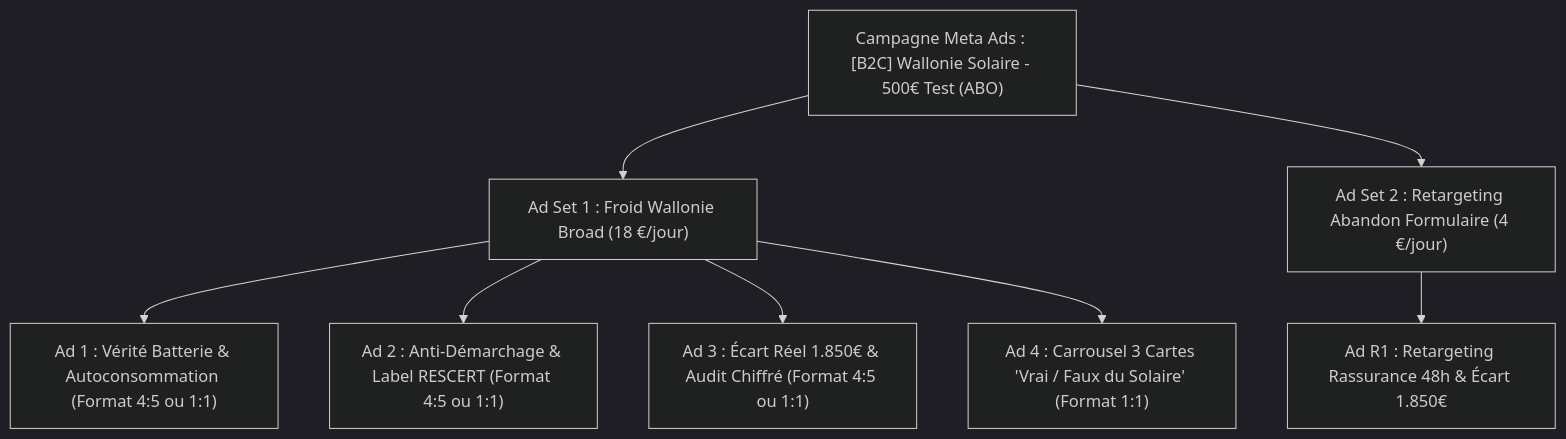
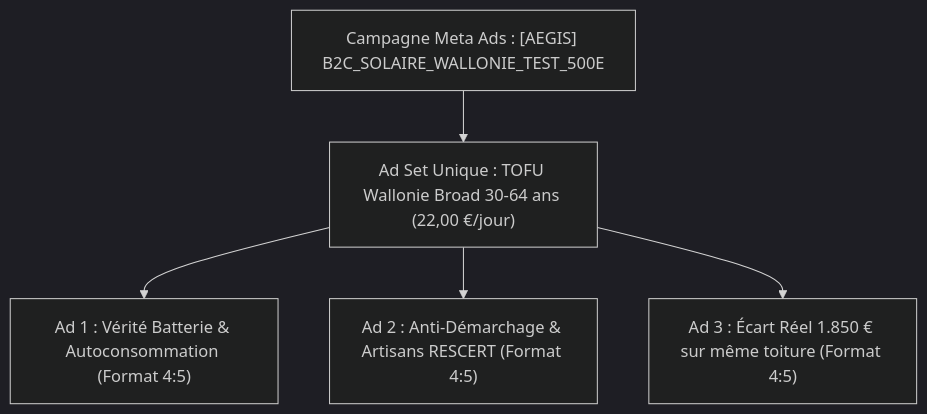
One commit to nathannremacle/aegis-solaire changed the diagram in campagnes-meta/3-PLAN-LANCEMENT-ET-CONFIG-META-500E.md. Above: the diagram before and after it, drawn with Mermaid (dark theme). The commit also changed other lines of this file and 17 other files, not shown here.

````diff
--- a/campagnes-meta/3-PLAN-LANCEMENT-ET-CONFIG-META-500E.md
+++ b/campagnes-meta/3-PLAN-LANCEMENT-ET-CONFIG-META-500E.md
@@ -28,13 +28,9 @@
 ```mermaid
 graph TD
-    Campagne["Campagne Meta Ads : [B2C] Wallonie Solaire - 500€ Test (ABO)"]
-    Campagne --> AdSet1["Ad Set 1 : Froid Wallonie Broad (18 €/jour)"]
-    Campagne --> AdSet2["Ad Set 2 : Retargeting Abandon Formulaire (4 €/jour)"]
+    Campagne["Campagne Meta Ads : [AEGIS] B2C_SOLAIRE_WALLONIE_TEST_500E"]
+    Campagne --> AdSet["Ad Set Unique : TOFU Wallonie Broad 30-64 ans (22,00 €/jour)"]
     
-    AdSet1 --> Ad1["Ad 1 : Vérité Batterie & Autoconsommation (Format 4:5 ou 1:1)"]
-    AdSet1 --> Ad2["Ad 2 : Anti-Démarchage & Label RESCERT (Format 4:5 ou 1:1)"]
-    AdSet1 --> Ad3["Ad 3 : Écart Réel 1.850€ & Audit Chiffré (Format 4:5 ou 1:1)"]
-    AdSet1 --> Ad4["Ad 4 : Carrousel 3 Cartes 'Vrai / Faux du Solaire' (Format 1:1)"]
-    
-    AdSet2 --> AdR1["Ad R1 : Retargeting Rassurance 48h & Écart 1.850€"]
+    AdSet --> Ad1["Ad 1 : Vérité Batterie & Autoconsommation (Format 4:5)"]
+    AdSet --> Ad2["Ad 2 : Anti-Démarchage & Artisans RESCERT (Format 4:5)"]
+    AdSet --> Ad3["Ad 3 : Écart Réel 1.850 € sur même toiture (Format 4:5)"]
 ```
````
